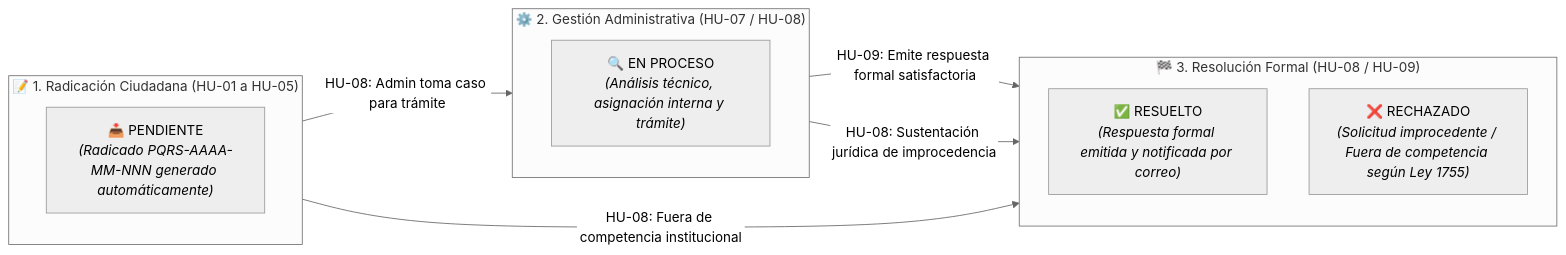
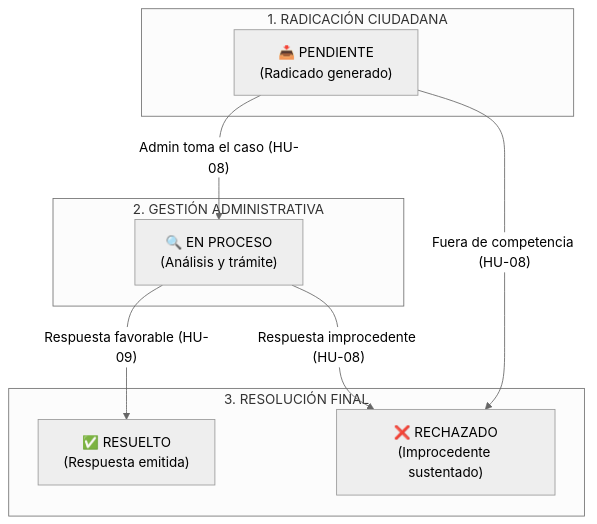
Before and after one commit to Santiago072/SistemaPQRS: the first of 2 diagrams in docs/Especificacion_Requisitos.md, drawn with Mermaid (neutral theme). The commit also changed other lines of this file, not shown here.

Commit message:
docs: convertir diagrama de flujo a flowchart TD con etiquetas concisas y tabla explicativa para evitar truncamiento

````diff
--- a/docs/Especificacion_Requisitos.md
+++ b/docs/Especificacion_Requisitos.md
@@ -17,23 +17,20 @@
 ```mermaid
-graph LR
-    subgraph RADICACION["📝 1. Radicación Ciudadana (HU-01 a HU-05)"]
-        direction TB
-        E1["📥 PENDIENTE<br/><i>(Radicado PQRS-AAAA-MM-NNN generado automáticamente)</i>"]
+flowchart TD
+    subgraph S1["1. RADICACIÓN CIUDADANA"]
+        A["📥 PENDIENTE\n(Radicado generado)"]
     end
 
-    subgraph GESTION["⚙️ 2. Gestión Administrativa (HU-07 / HU-08)"]
-        direction TB
-        E2["🔍 EN PROCESO<br/><i>(Análisis técnico, asignación interna y trámite)</i>"]
+    subgraph S2["2. GESTIÓN ADMINISTRATIVA"]
+        B["🔍 EN PROCESO\n(Análisis y trámite)"]
     end
 
-    subgraph CIERRE["🏁 3. Resolución Formal (HU-08 / HU-09)"]
-        direction TB
-        E3["✅ RESUELTO<br/><i>(Respuesta formal emitida y notificada por correo)</i>"]
-        E4["❌ RECHAZADO<br/><i>(Solicitud improcedente / Fuera de competencia según Ley 1755)</i>"]
+    subgraph S3["3. RESOLUCIÓN FINAL"]
+        C["✅ RESUELTO\n(Respuesta emitida)"]
+        D["❌ RECHAZADO\n(Improcedente sustentado)"]
     end
 
-    E1 -->|"HU-08: Admin toma caso para trámite"| E2
-    E1 -->|"HU-08: Fuera de competencia institucional"| E4
-    E2 -->|"HU-09: Emite respuesta formal satisfactoria"| E3
-    E2 -->|"HU-08: Sustentación jurídica de improcedencia"| E4
+    A -->|"Admin toma el caso (HU-08)"| B
+    A -->|"Fuera de competencia (HU-08)"| D
+    B -->|"Respuesta favorable (HU-09)"| C
+    B -->|"Respuesta improcedente (HU-08)"| D
 ```
````
